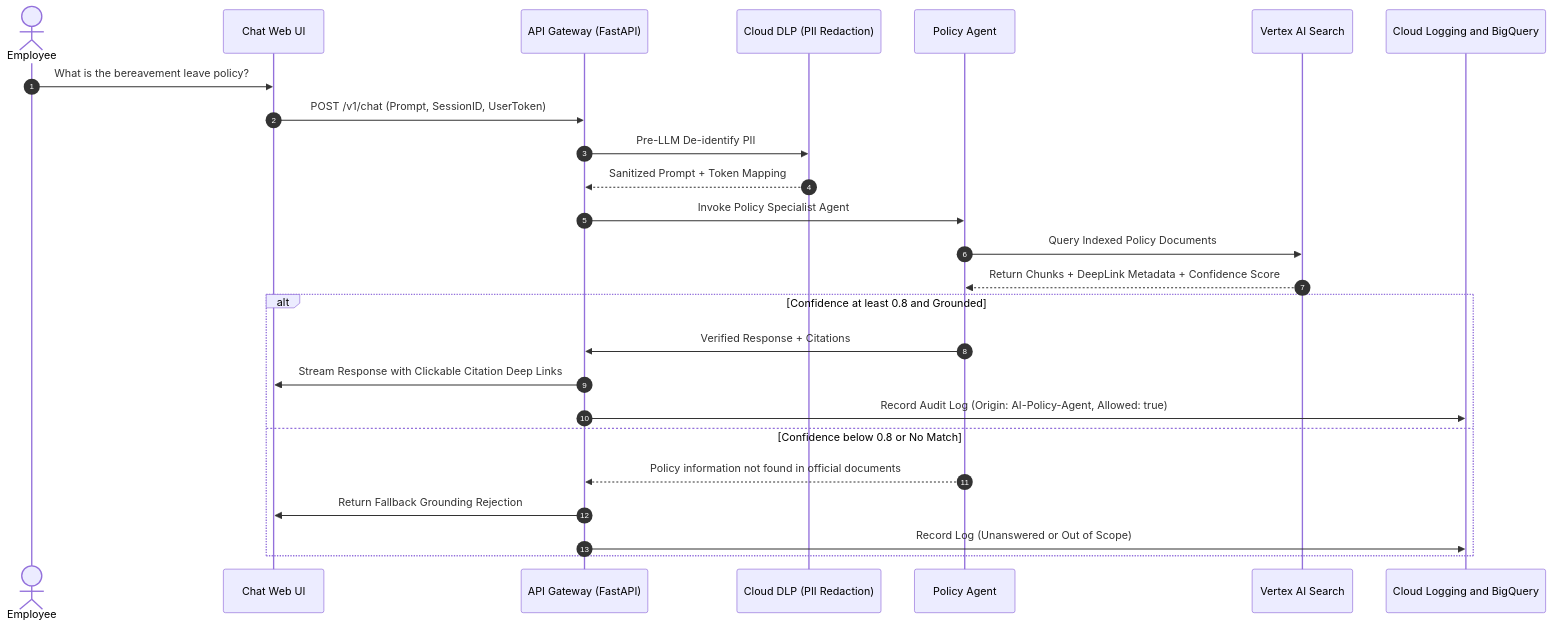
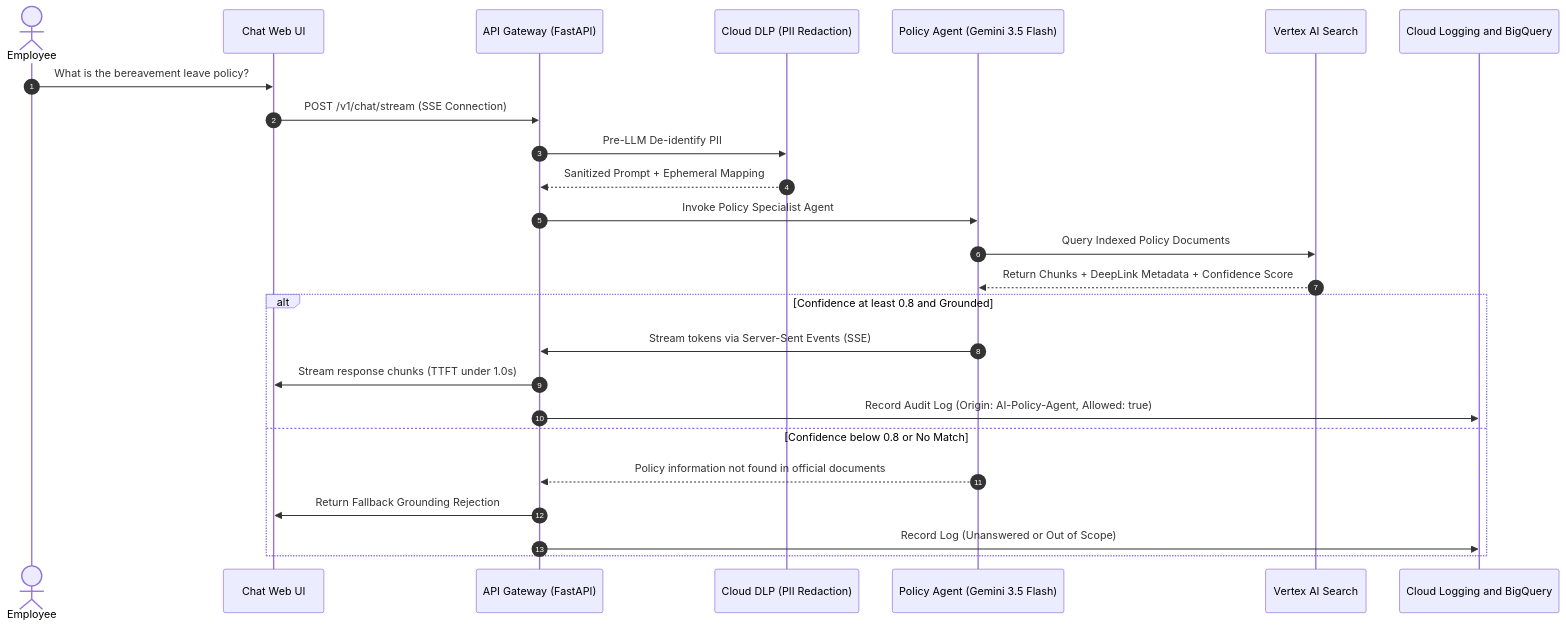
One commit to randyh0329/PRJ-ELEVATE-C1-G5 changed the fifth of 12 diagrams in Enterprise Agentic Solution Design Document - MVP 1.md. Above: the diagram before and after it, drawn with Mermaid. The commit also changed other lines of this file, not shown here.

````diff
--- a/Enterprise Agentic Solution Design Document - MVP 1.md
+++ b/Enterprise Agentic Solution Design Document - MVP 1.md
@@ -222,29 +225,29 @@
 ```mermaid
 sequenceDiagram
     autonumber
     actor User as Employee
     participant UI as Chat Web UI
     participant GW as API Gateway (FastAPI)
     participant DLP as Cloud DLP (PII Redaction)
-    participant Orch as Policy Agent
+    participant Orch as Policy Agent (Gemini 3.5 Flash)
     participant Search as Vertex AI Search
     participant Audit as Cloud Logging and BigQuery
 
     User->>UI: What is the bereavement leave policy?
-    UI->>GW: POST /v1/chat (Prompt, SessionID, UserToken)
+    UI->>GW: POST /v1/chat/stream (SSE Connection)
     GW->>DLP: Pre-LLM De-identify PII
-    DLP-->>GW: Sanitized Prompt + Token Mapping
+    DLP-->>GW: Sanitized Prompt + Ephemeral Mapping
     GW->>Orch: Invoke Policy Specialist Agent
     Orch->>Search: Query Indexed Policy Documents
     Search-->>Orch: Return Chunks + DeepLink Metadata + Confidence Score
     
     alt Confidence at least 0.8 and Grounded
-        Orch->>GW: Verified Response + Citations
-        GW->>UI: Stream Response with Clickable Citation Deep Links
+        Orch->>GW: Stream tokens via Server-Sent Events (SSE)
+        GW->>UI: Stream response chunks (TTFT under 1.0s)
         GW->>Audit: Record Audit Log (Origin: AI-Policy-Agent, Allowed: true)
     else Confidence below 0.8 or No Match
         Orch-->>GW: Policy information not found in official documents
         GW->>UI: Return Fallback Grounding Rejection
         GW->>Audit: Record Log (Unanswered or Out of Scope)
     end
 ```
````
